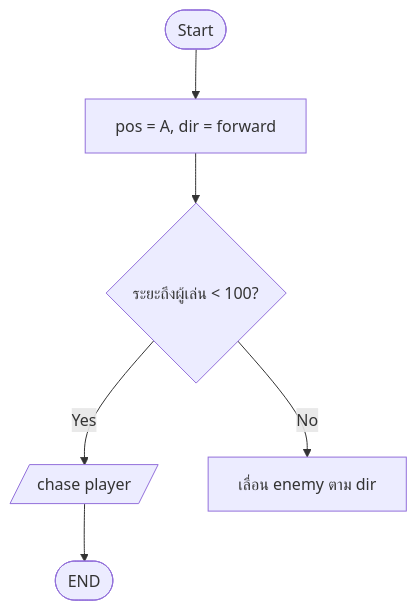
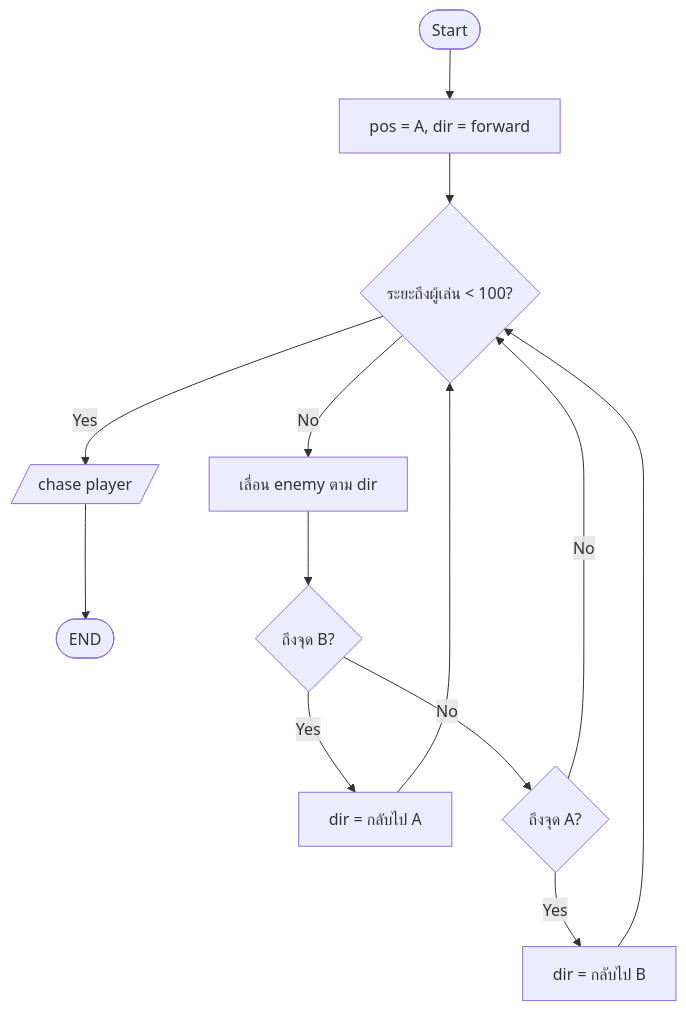
The third of 3 diagrams in Week2/ex03_game_algorithm.md (SqrGMD/DG111_692110150), drawn with Mermaid before and after one commit.

Commit message:
Add condition to check if enemy reaches point B in game algorithm

````diff
--- a/Week2/ex03_game_algorithm.md
+++ b/Week2/ex03_game_algorithm.md
@@ -30,10 +30,15 @@
 ```mermaid
 flowchart TD
 Start([Start]) --> pos["pos = A, dir = forward"]
 pos --> D1{ระยะถึงผู้เล่น < 100?}
 D1 --> |Yes| C[/chase player/]
 C --> END([END])
 D1 --> |No| C2["เลื่อน enemy ตาม dir"]
-
-
+C2 --> D2{ถึงจุด B?}
+D2 --> |Yes| E["dir = กลับไป A"]
+D2 --> |No| D3{ถึงจุด A?}
+D3 --> |Yes| E2["dir = กลับไป B"]
+D3 --> |No| D1
+E2 --> D1
+E --> D1
 ```
````
